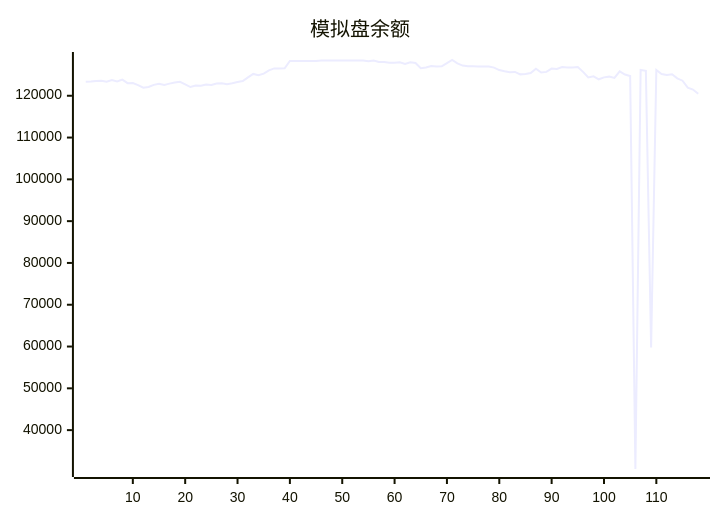
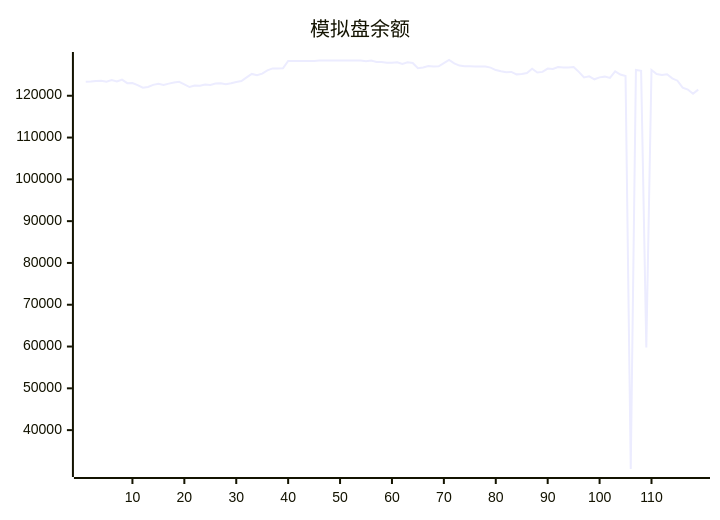
The diagram in README.md (aahl/ai-trading), drawn with Mermaid before and after one commit. The commit also changed other lines of this file and 1 other file, not shown here.

````diff
--- a/README.md
+++ b/README.md
@@ -5,5 +5,5 @@
 ```mermaid
 xychart
     title "模拟盘余额"
-    line [123338,123402,123530,123592,123378,123745,123413,123853,123009,123040,122557,121938,122095,122599,122856,122597,122898,123160,123319,122719,122087,122454,122416,122685,122592,122907,122961,122776,122981,123295,123507,124403,125224,124894,125303,126088,126544,126534,126549,128335,128318,128318,128318,128318,128318,128424,128424,128424,128424,128424,128424,128424,128424,128424,128247,128412,128062,128087,127917,127901,128026,127611,128000,127850,126572,126770,127100,126971,127029,127783,128554,127765,127224,127064,127044,127009,127025,127004,126738,126152,125871,125635,125707,125117,125217,125420,126480,125545,125715,126511,126424,126856,126764,126788,126890,125710,124381,124632,123936,124402,124574,124256,125833,125070,124739,30700,126154,125966,59800,126145,125213,124943,125143,124157,123604,121959,121476,120476]
+    line [123338,123402,123530,123592,123378,123745,123413,123853,123009,123040,122557,121938,122095,122599,122856,122597,122898,123160,123319,122719,122087,122454,122416,122685,122592,122907,122961,122776,122981,123295,123507,124403,125224,124894,125303,126088,126544,126534,126549,128335,128318,128318,128318,128318,128318,128424,128424,128424,128424,128424,128424,128424,128424,128424,128247,128412,128062,128087,127917,127901,128026,127611,128000,127850,126572,126770,127100,126971,127029,127783,128554,127765,127224,127064,127044,127009,127025,127004,126738,126152,125871,125635,125707,125117,125217,125420,126480,125545,125715,126511,126424,126856,126764,126788,126890,125710,124381,124632,123936,124402,124574,124256,125833,125070,124739,30700,126154,125966,59800,126145,125213,124943,125143,124157,123604,121959,121476,120476,121470]
 ```
````
